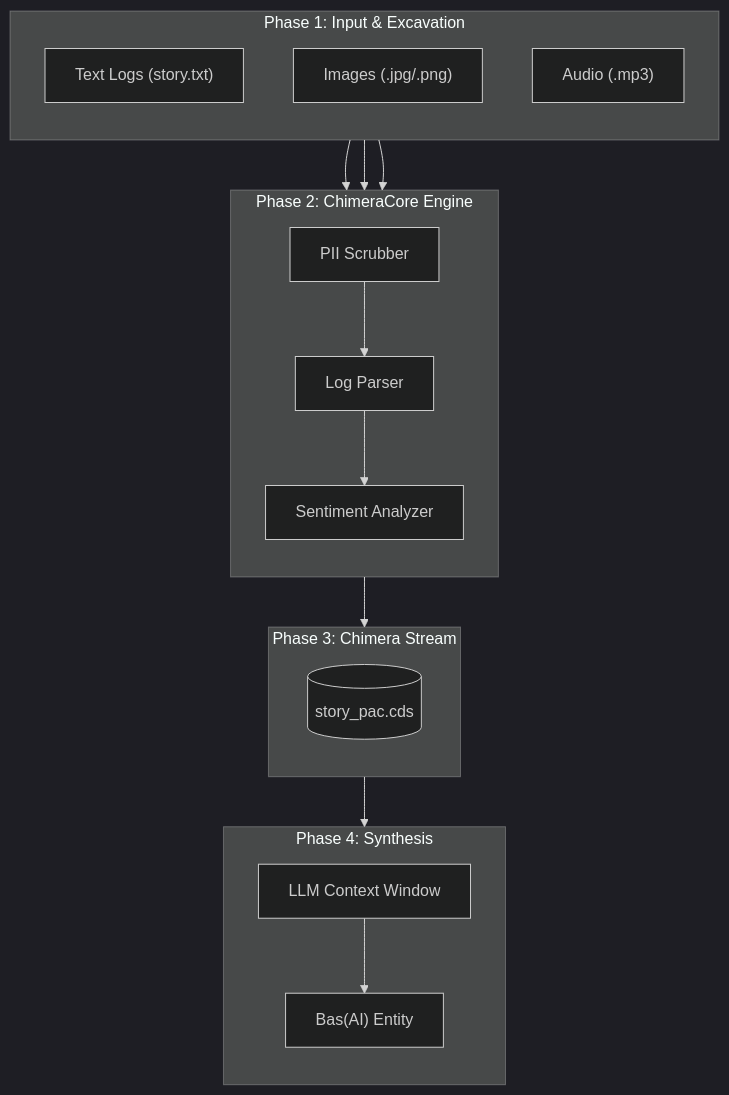
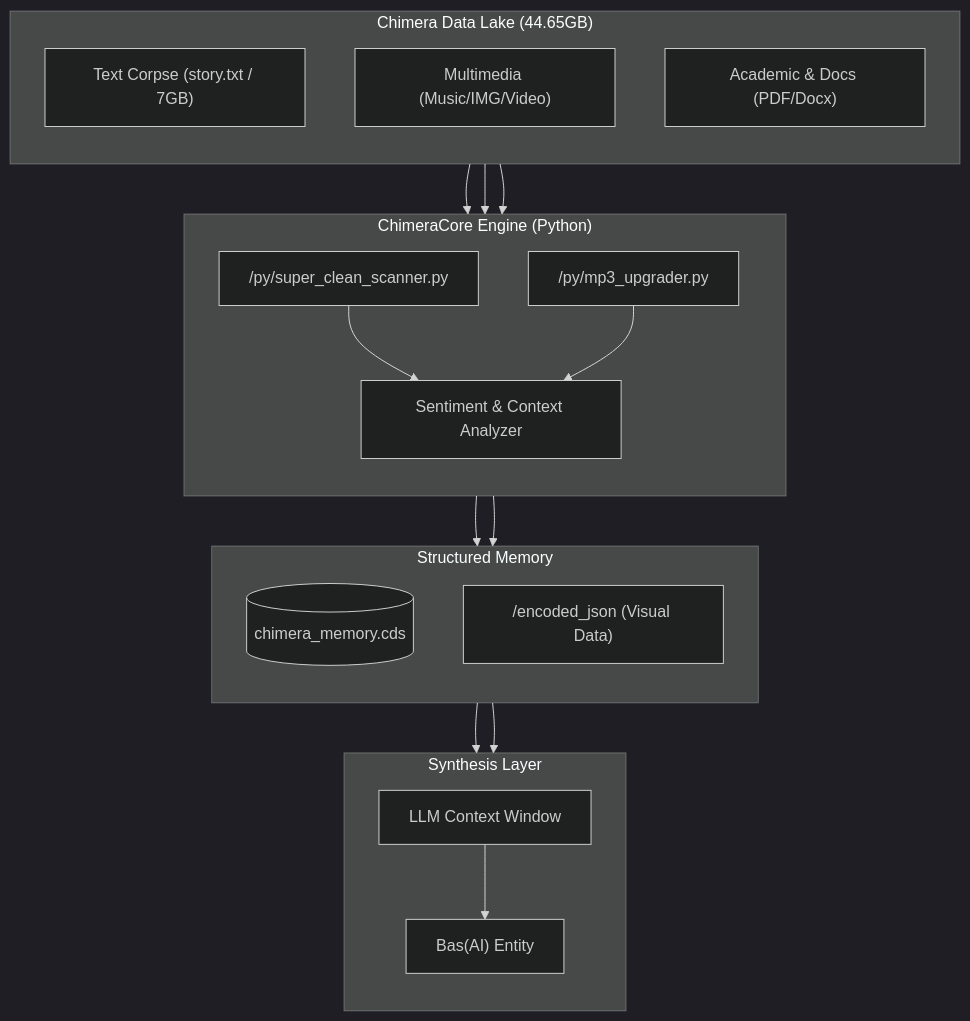
One commit to Bas616/Philosophical-AI-Companion changed the diagram in README.md. Above: the diagram before and after it, drawn with Mermaid (dark theme). The commit also changed other lines of this file, not shown here.

````diff
--- a/README.md
+++ b/README.md
@@ -43,36 +44,39 @@
 ```mermaid
 flowchart TD
-    subgraph Phase_1_Input ["Phase 1: Input & Excavation"]
+    subgraph Data_Lake ["Chimera Data Lake (44.65GB)"]
         direction TB
-        TX["Text Logs (story.txt)"]
-        IM["Images (.jpg/.png)"]
-        AU["Audio (.mp3)"]
+        TX["Text Corpse (story.txt / 7GB)"]
+        MM["Multimedia (Music/IMG/Video)"]
+        DOC["Academic & Docs (PDF/Docx)"]
     end
 
-    subgraph Phase_2_Engine ["Phase 2: ChimeraCore Engine"]
+    subgraph Processing_Core ["ChimeraCore Engine (Python)"]
         direction TB
-        Scrubber["PII Scrubber"]
-        Parser["Log Parser"]
-        Analyzer["Sentiment Analyzer"]
+        Scrubber["/py/super_clean_scanner.py"]
+        Parser["/py/mp3_upgrader.py"]
+        Analyzer["Sentiment & Context Analyzer"]
     end
 
-    subgraph Phase_3_Storage ["Phase 3: Chimera Stream"]
+    subgraph Memory_Bank ["Structured Memory"]
         direction TB
-        CDS[("story_pac.cds")]
+        CDS[("chimera_memory.cds")]
+        JSON_IMG["/encoded_json (Visual Data)"]
     end
 
-    subgraph Phase_4_Output ["Phase 4: Synthesis"]
+    subgraph Synthesis_Interface ["Synthesis Layer"]
         direction TB
         LLM["LLM Context Window"]
         Persona["Bas(AI) Entity"]
     end
 
     TX --> Scrubber
-    IM --> Scrubber
-    AU --> Scrubber
-    Scrubber --> Parser
+    MM --> Parser
+    DOC --> Scrubber
+    Scrubber --> Analyzer
     Parser --> Analyzer
     Analyzer --> CDS
+    Analyzer --> JSON_IMG
     CDS --> LLM
+    JSON_IMG --> LLM
     LLM --> Persona
 ```
````
